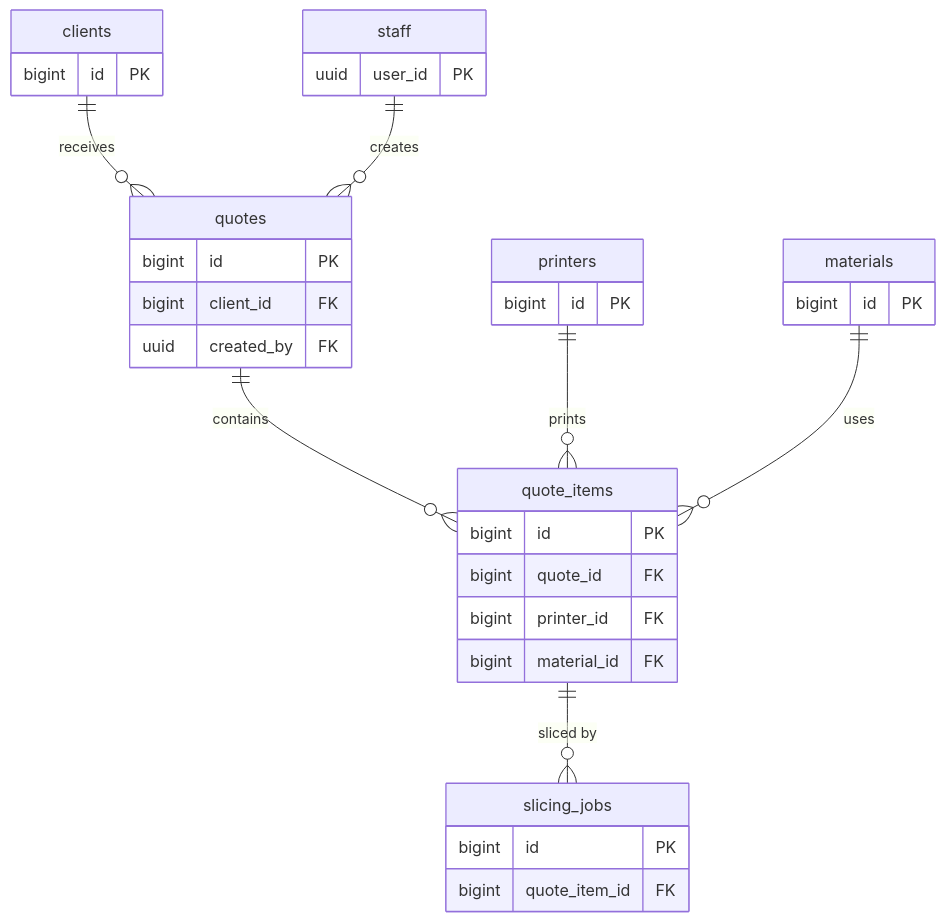
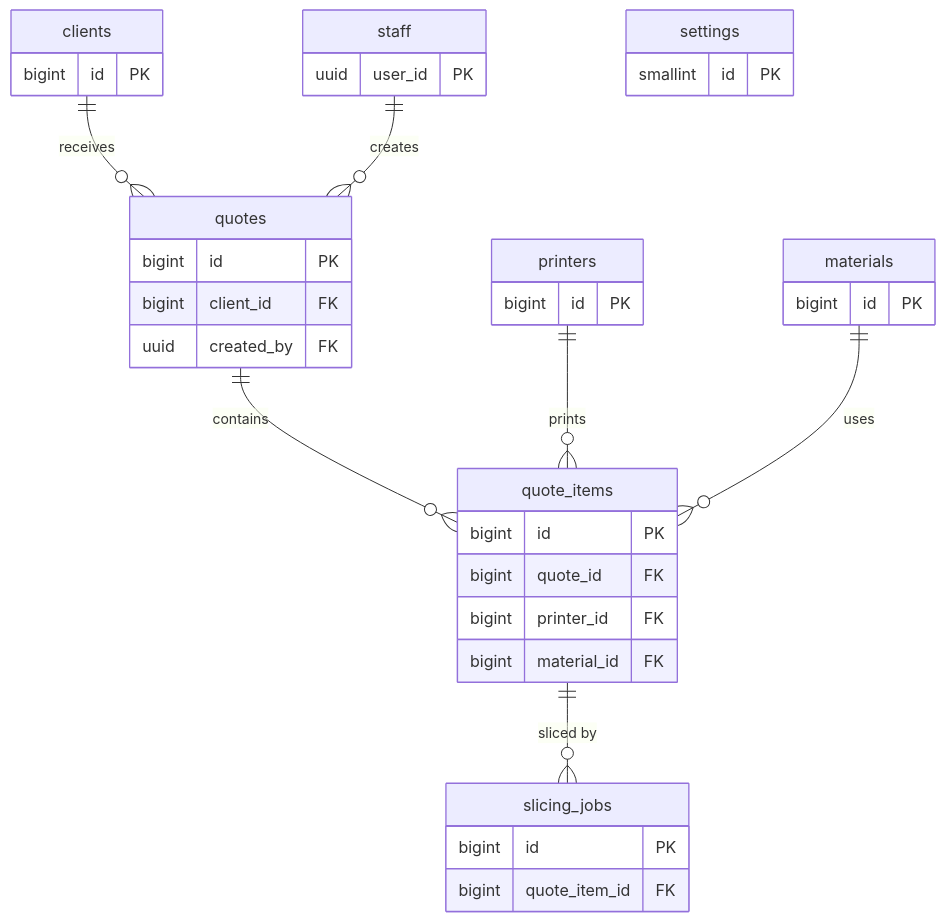
The diagram in docs/supabase/data-model.md (AleTornesello/3D-Quote), drawn with Mermaid before and after one commit. The commit also changed other lines of this file and 4 other files, not shown here.

````diff
--- a/docs/supabase/data-model.md
+++ b/docs/supabase/data-model.md
@@ -8,37 +8,40 @@
 ```mermaid
 erDiagram
     clients ||--o{ quotes : "receives"
     quotes ||--o{ quote_items : "contains"
     printers ||--o{ quote_items : "prints"
     materials ||--o{ quote_items : "uses"
     quote_items ||--o{ slicing_jobs : "sliced by"
     staff ||--o{ quotes : "creates"
+    settings {
+        smallint id PK
+    }
 
     staff {
         uuid user_id PK
     }
     clients {
         bigint id PK
     }
     printers {
         bigint id PK
     }
     materials {
         bigint id PK
     }
     quotes {
         bigint id PK
         bigint client_id FK
         uuid created_by FK
     }
     quote_items {
         bigint id PK
         bigint quote_id FK
         bigint printer_id FK
         bigint material_id FK
     }
     slicing_jobs {
         bigint id PK
         bigint quote_item_id FK
     }
 ```
````
